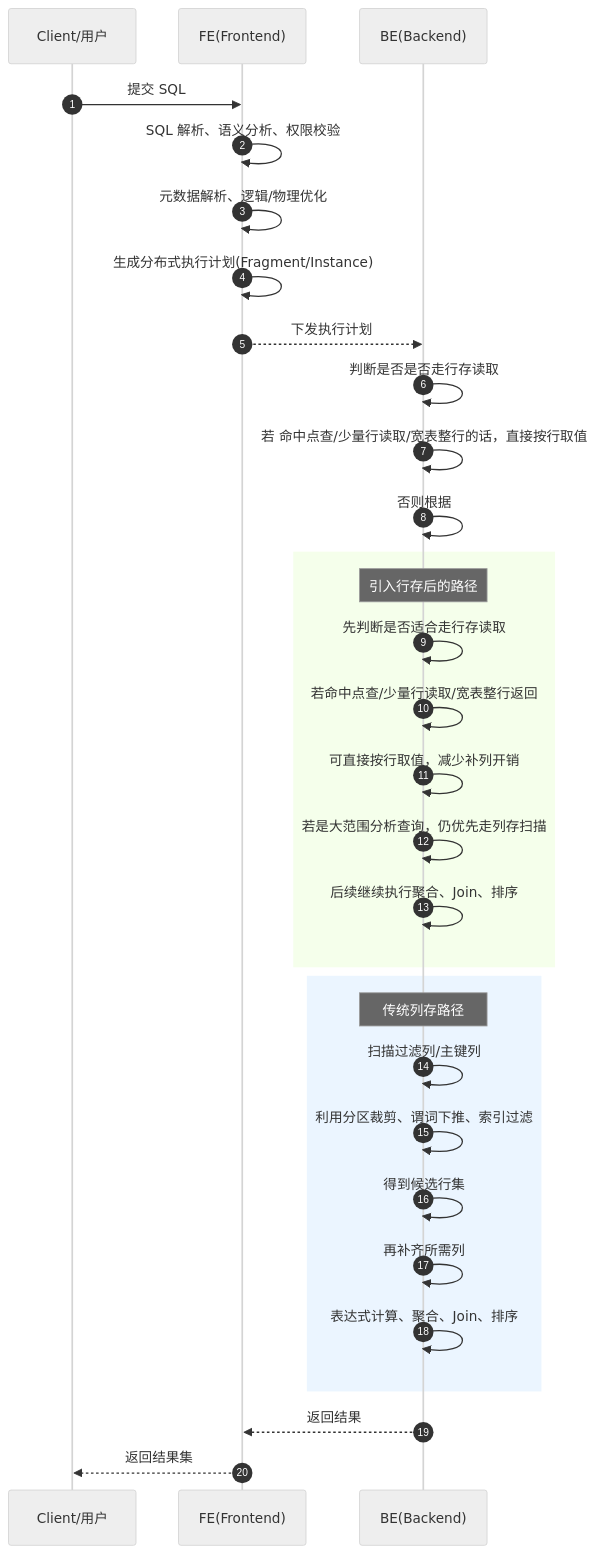
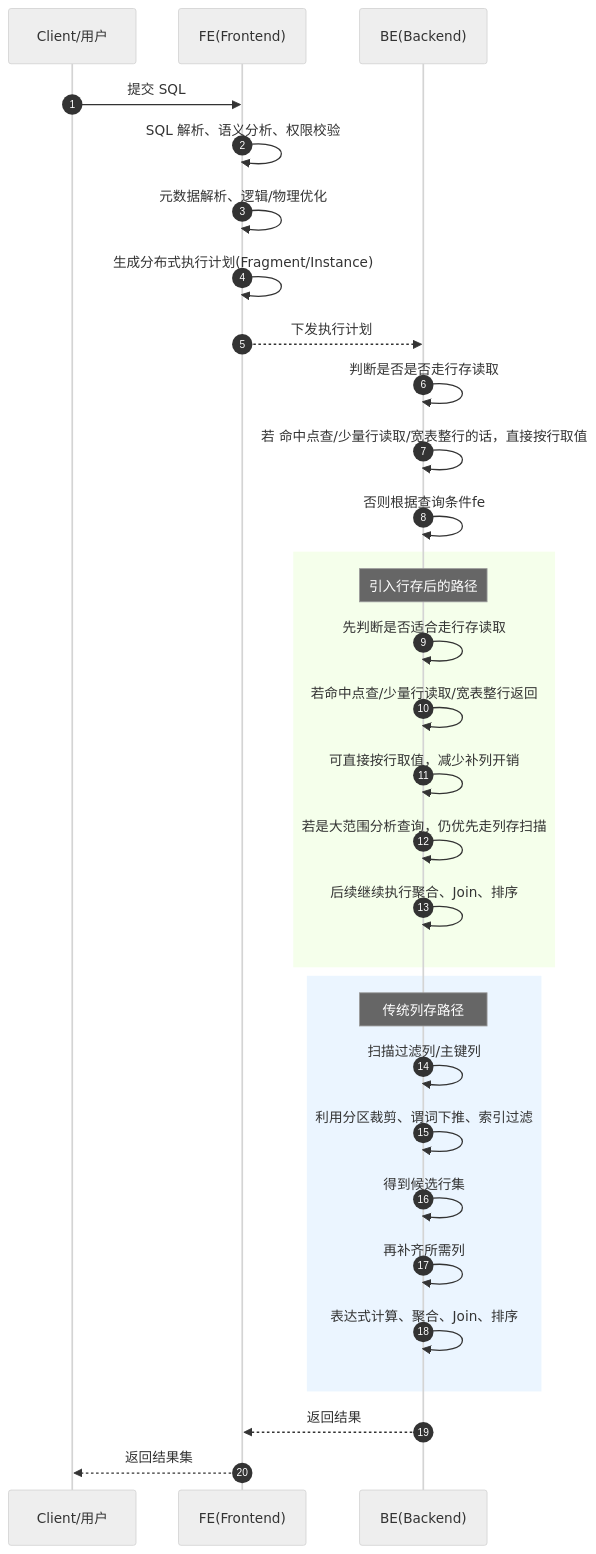
One commit to HY-10-8/iodraw-files changed the diagram in all/未命名-4.md. Above: the diagram before and after it, drawn with Mermaid (neutral theme).

Commit message:
2026-04-22 17:46:55 update

````diff
--- a/all/未命名-4.md
+++ b/all/未命名-4.md
@@ -1,52 +1,52 @@
 ```mermaid
 sequenceDiagram
     autonumber
 
     participant Client as Client/用户
     participant FE as FE(Frontend)
     participant BE as BE(Backend)
     
     Client->>FE: 提交 SQL
     FE->>FE: SQL 解析、语义分析、权限校验
     FE->>FE: 元数据解析、逻辑/物理优化
     FE->>FE: 生成分布式执行计划(Fragment/Instance)
     FE-->>BE: 下发执行计划
 
     BE->>BE: 判断是否是否走行存读取
     BE->>BE: 若 命中点查/少量行读取/宽表整行的话，直接按行取值
-    BE->>BE: 否则根据
+    BE->>BE: 否则根据查询条件fe
 
 
 
 
     rect rgb(245,255,235)
         Note over BE: 引入行存后的路径
         BE->>BE: 先判断是否适合走行存读取
         BE->>BE: 若命中点查/少量行读取/宽表整行返回
         BE->>BE: 可直接按行取值，减少补列开销
         BE->>BE: 若是大范围分析查询，仍优先走列存扫描
         BE->>BE: 后续继续执行聚合、Join、排序
     end
 
 
     rect rgb(235,245,255)
         Note over BE: 传统列存路径
         BE->>BE: 扫描过滤列/主键列
         BE->>BE: 利用分区裁剪、谓词下推、索引过滤
         BE->>BE: 得到候选行集
         BE->>BE: 再补齐所需列
         BE->>BE: 表达式计算、聚合、Join、排序
     end
 
     BE-->>FE: 返回结果
     FE-->>Client: 返回结果集
 
 
 
 
 
 
 
 
 
 ```
````
